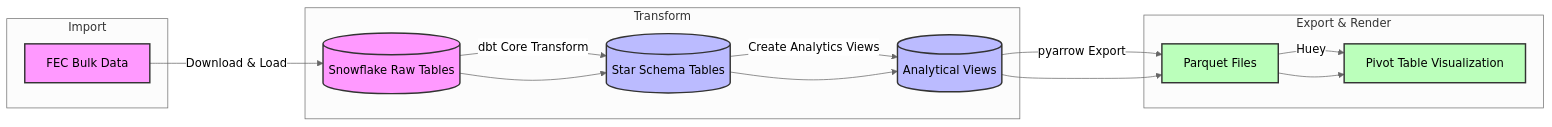
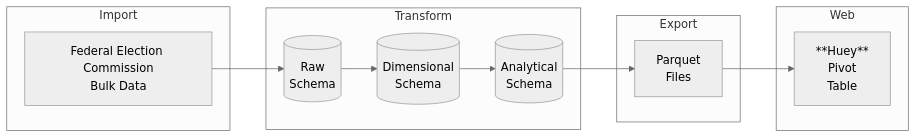
One commit to smckissock/fec changed the diagram in README.md. Above: the diagram before and after it, drawn with Mermaid (neutral theme). The commit also changed other lines of this file, not shown here.

Commit message:
Added chart for pipeline

````diff
--- a/README.md
+++ b/README.md
@@ -18,33 +16,27 @@
 ```mermaid
-flowchart LR
-    A[FEC Bulk Data] -->|Download & Load| B[(Snowflake Raw Tables)]
-    B -->|dbt Core Transform| C[(Star Schema Tables)]
-    C -->|Create Analytics Views| D[(Analytical Views)]
-    D -->|pyarrow Export| E[Parquet Files]
-    E -->|Huey| F[Pivot Table Visualization]
-    
-    subgraph Import
-        A
-    end
-    
-    subgraph Transform
-        B --> C
-        C --> D
-    end
-    
-    subgraph Export & Render
-        D --> E
-        E --> F
-    end
-    
-    classDef raw fill:#f9f,stroke:#333,stroke-width:2px;
-    classDef transform fill:#bbf,stroke:#333,stroke-width:2px;
-    classDef exportRender fill:#bfb,stroke:#333,stroke-width:2px;
-    
-    class A raw;
-    class B raw;
-    class C transform;
-    class D transform;
-    class E exportRender;
-    class F exportRender;
+
+    flowchart LR
+        A[Federal Election Commission<br>Bulk Data] --> B[(Raw<br>Schema)]
+        B --> C[(Dimensional<br>Schema)]
+        C --> D[(Analytical<br>Schema)]
+        D --> E[Parquet<br>Files]
+        E --> F[**Huey**<br>Pivot<br>Table]
+
+        subgraph Import
+            A
+        end
+        
+        subgraph Transform
+            B
+            C 
+            D
+        end
+        
+        subgraph Export
+            E
+        end 
+
+        subgraph Web
+            F 
+        end
 ```
````
